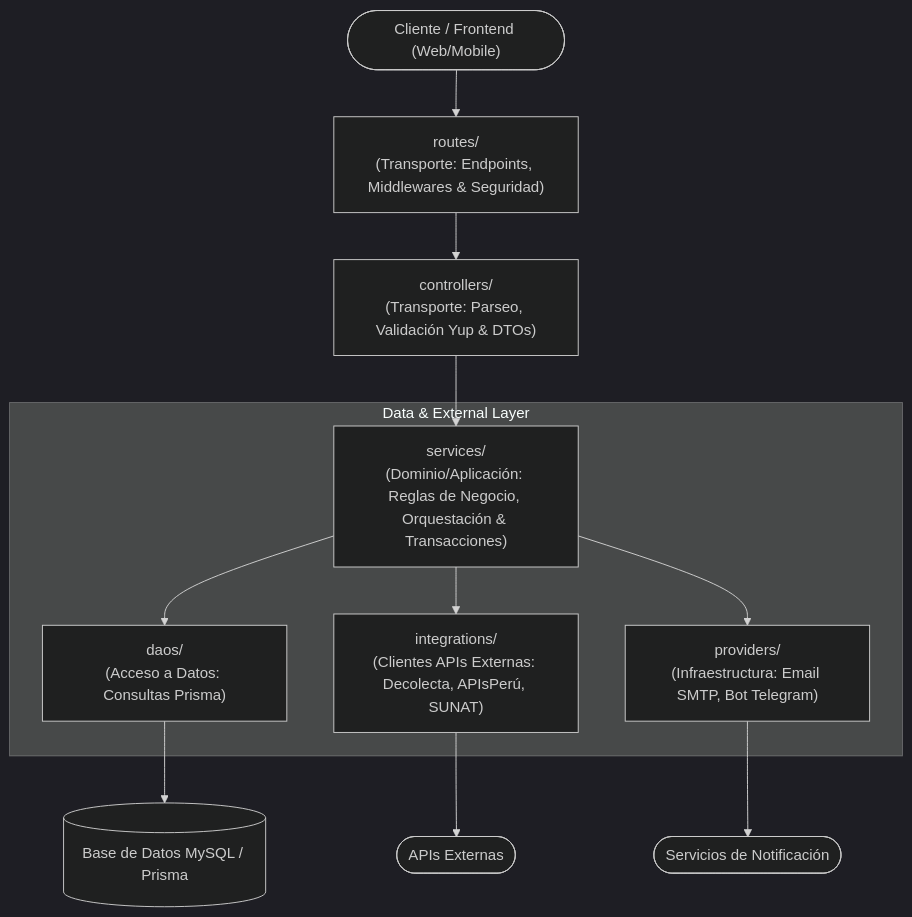
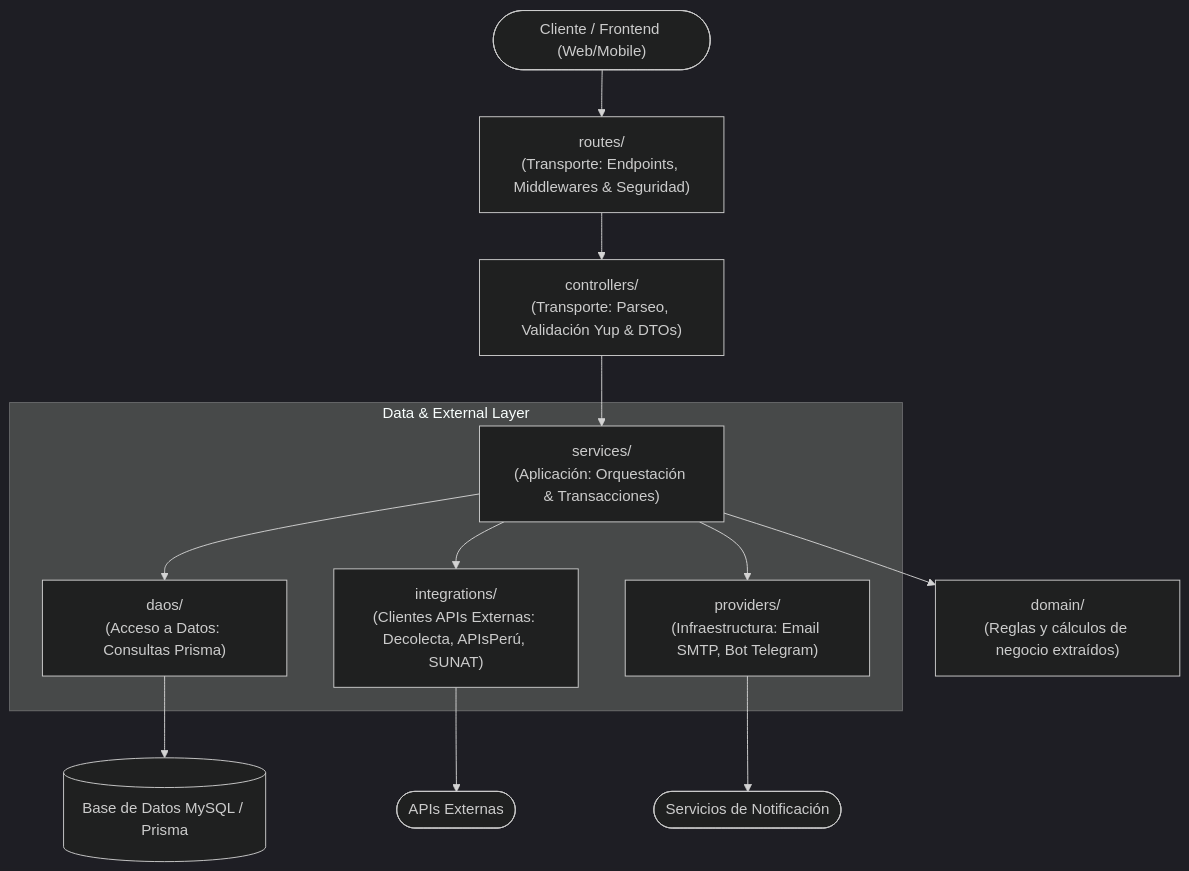
One commit to terra-innovation/nodejs-mysql-restapi changed the diagram in src/README.md. Above: the diagram before and after it, drawn with Mermaid (dark theme). The commit also changed other lines of this file and 5 other files, not shown here.

````diff
--- a/src/README.md
+++ b/src/README.md
@@ -9,16 +9,17 @@
 ```mermaid
 flowchart TD
     Client(["Cliente / Frontend (Web/Mobile)"]) --> Routes["routes/\n(Transporte: Endpoints, Middlewares & Seguridad)"]
     Routes --> Controllers["controllers/\n(Transporte: Parseo, Validación Yup & DTOs)"]
-    Controllers --> Services["services/\n(Dominio/Aplicación: Reglas de Negocio, Orquestación & Transacciones)"]
+    Controllers --> Services["services/\n(Aplicación: Orquestación & Transacciones)"]
+    Services --> Domain["domain/\n(Reglas y cálculos de negocio extraídos)"]
     
     subgraph Data & External Layer
         Services --> DAOs["daos/\n(Acceso a Datos: Consultas Prisma)"]
         Services --> Integrations["integrations/\n(Clientes APIs Externas: Decolecta, APIsPerú, SUNAT)"]
         Services --> Providers["providers/\n(Infraestructura: Email SMTP, Bot Telegram)"]
     end
 
     DAOs --> DB[(Base de Datos MySQL / Prisma)]
     Integrations --> ExternalAPIs(["APIs Externas"])
     Providers --> NotificationGateways(["Servicios de Notificación"])
 ```
````
